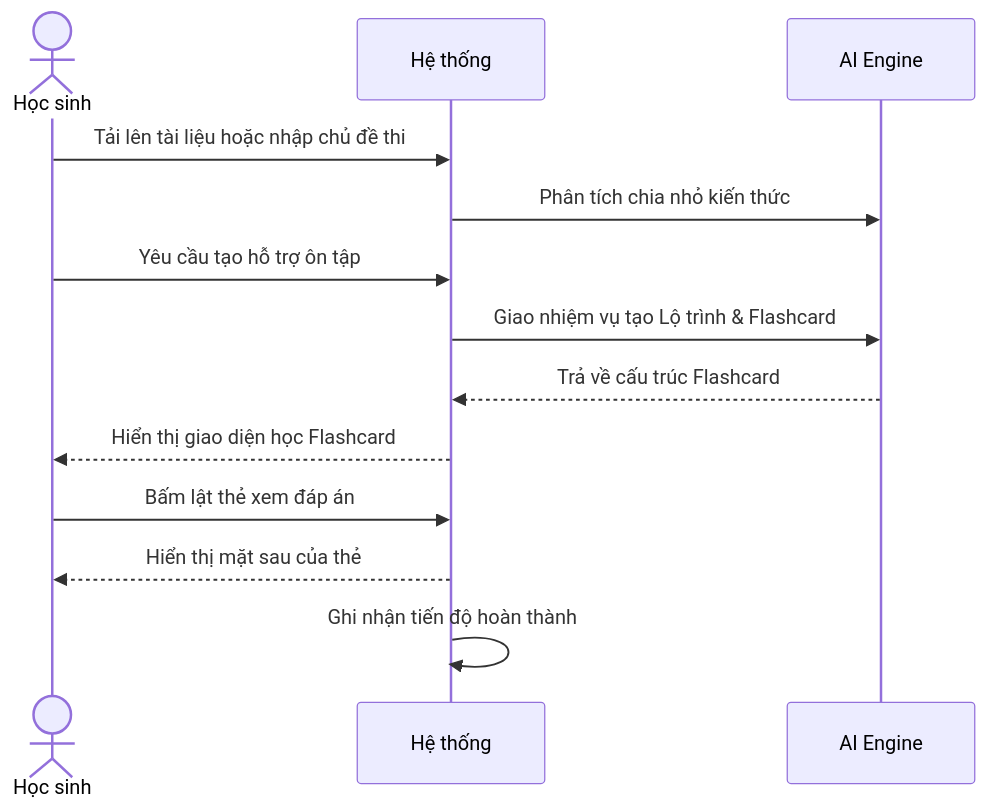
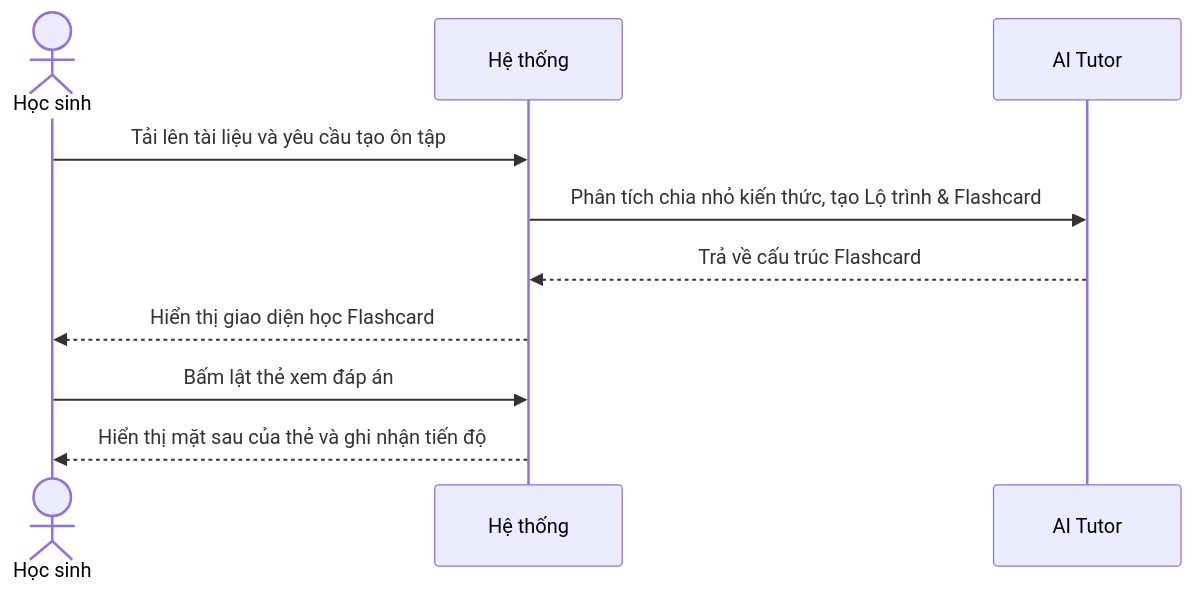
The second of 8 diagrams in docs/usecase/nhom_5_magicstudent.md (Cong-ty-TNNH-Q-Tech/Q-School), drawn with Mermaid before and after one commit. The commit also changed other lines of this file and 4 other files, not shown here.

Commit message:
docs(usecase): standardize all tables and sequence diagrams, fix temporal logic and AI roles

````diff
--- a/docs/usecase/nhom_5_magicstudent.md
+++ b/docs/usecase/nhom_5_magicstudent.md
@@ -58,16 +56,13 @@
 ```mermaid
 sequenceDiagram
     actor HS as Học sinh
     participant HT as Hệ thống
-    participant AI as AI Engine
+    participant AI as AI Tutor
 
-    HS->>HT: Tải lên tài liệu hoặc nhập chủ đề thi
-    HT->>AI: Phân tích chia nhỏ kiến thức
-    HS->>HT: Yêu cầu tạo hỗ trợ ôn tập
-    HT->>AI: Giao nhiệm vụ tạo Lộ trình & Flashcard
+    HS->>HT: Tải lên tài liệu và yêu cầu tạo ôn tập
+    HT->>AI: Phân tích chia nhỏ kiến thức, tạo Lộ trình & Flashcard
     AI-->>HT: Trả về cấu trúc Flashcard
     HT-->>HS: Hiển thị giao diện học Flashcard
     HS->>HT: Bấm lật thẻ xem đáp án
-    HT-->>HS: Hiển thị mặt sau của thẻ
-    HT->>HT: Ghi nhận tiến độ hoàn thành
+    HT-->>HS: Hiển thị mặt sau của thẻ và ghi nhận tiến độ
 ```
````
